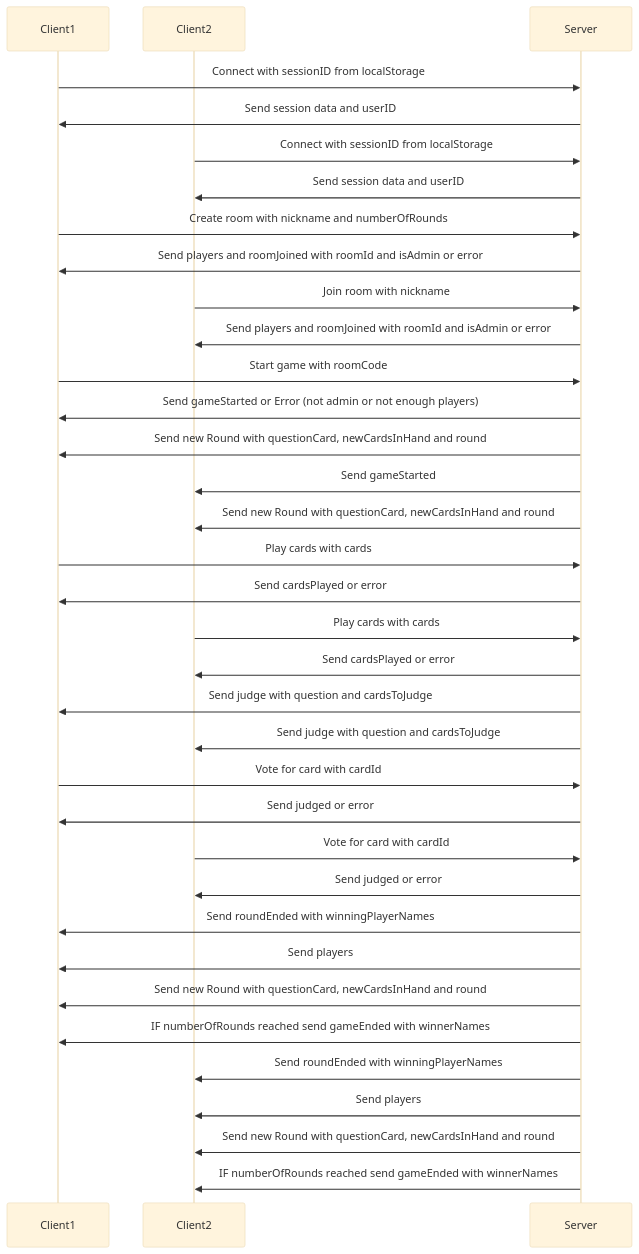
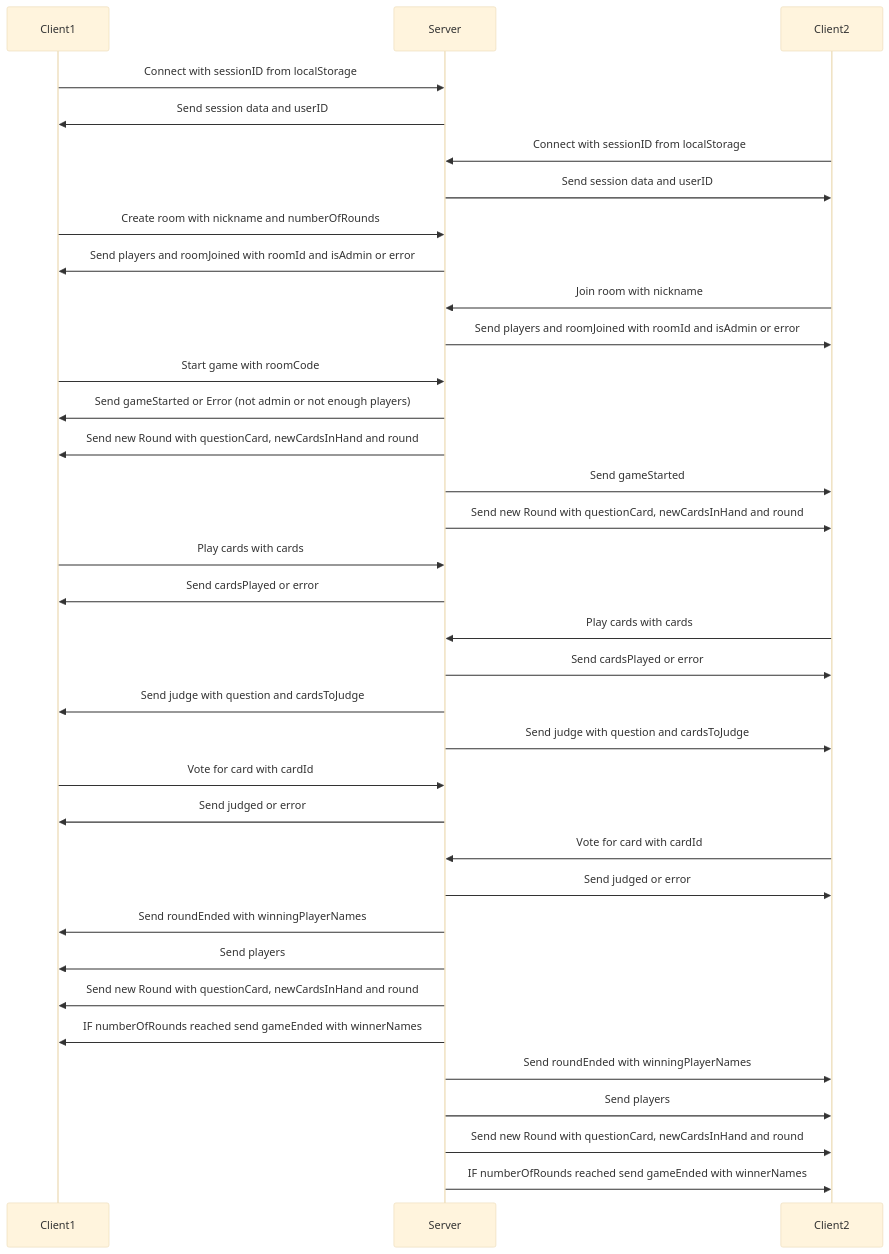
The diagram in README.md (merleg1/card-game_v2), drawn with Mermaid (base theme) before and after one commit. The commit also changed other lines of this file, not shown here.

````diff
--- a/README.md
+++ b/README.md
@@ -25,37 +25,37 @@
 ```mermaid
 sequenceDiagram
     participant Client1
+    participant Server
     participant Client2
-    participant Server
 Client1->>Server: Connect with sessionID from localStorage
 Server->>Client1: Send session data and userID
 Client2->>Server: Connect with sessionID from localStorage
 Server->>Client2: Send session data and userID
 Client1->>Server: Create room with nickname and numberOfRounds
 Server->>Client1: Send players and roomJoined with roomId and isAdmin or error
 Client2->>Server: Join room with nickname
 Server->>Client2: Send players and roomJoined with roomId and isAdmin or error
 Client1->>Server: Start game with roomCode
 Server->>Client1: Send gameStarted or Error (not admin or not enough players)
 Server->>Client1: Send new Round with questionCard, newCardsInHand and round
 Server->>Client2: Send gameStarted
 Server->>Client2: Send new Round with questionCard, newCardsInHand and round
 Client1->>Server: Play cards with cards
 Server->>Client1: Send cardsPlayed or error
 Client2->>Server: Play cards with cards
 Server->>Client2: Send cardsPlayed or error
 Server->>Client1: Send judge with question and cardsToJudge
 Server->>Client2: Send judge with question and cardsToJudge
 Client1->>Server: Vote for card with cardId
 Server->>Client1: Send judged or error
 Client2->>Server: Vote for card with cardId
 Server->>Client2: Send judged or error
 Server->>Client1: Send roundEnded with winningPlayerNames
 Server->>Client1: Send players
 Server->>Client1: Send new Round with questionCard, newCardsInHand and round
 Server->>Client1: IF numberOfRounds reached send gameEnded with winnerNames
 Server->>Client2: Send roundEnded with winningPlayerNames
 Server->>Client2: Send players
 Server->>Client2: Send new Round with questionCard, newCardsInHand and round
 Server->>Client2: IF numberOfRounds reached send gameEnded with winnerNames
 ```
````
